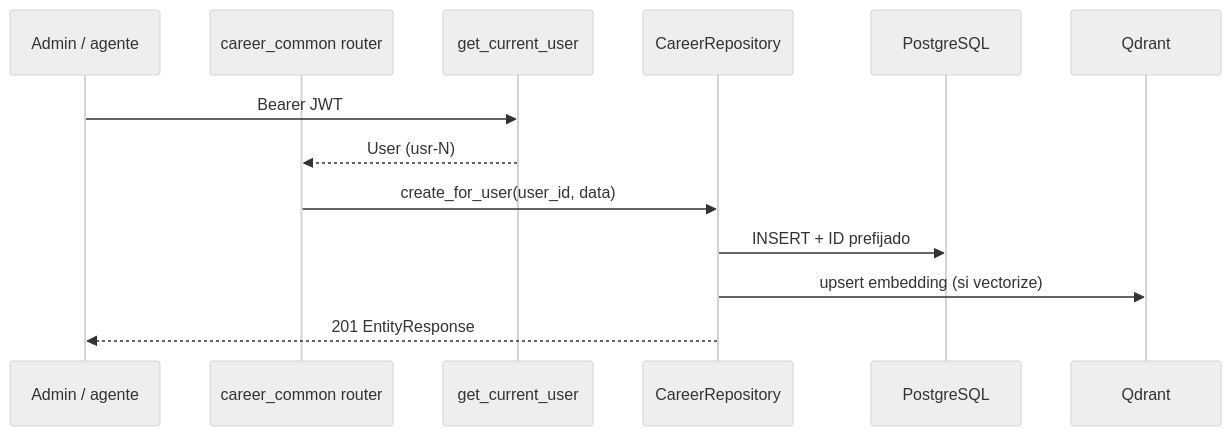
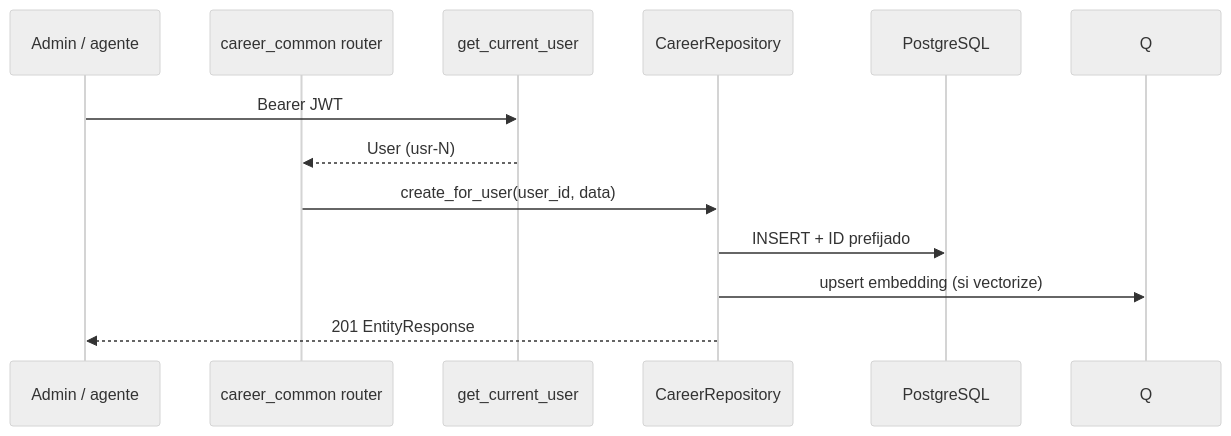
One commit to cjhirashi/cjhirashi-career changed the fourth of 5 diagrams in cjhirashi-career-api/docs/ARCHITECTURE.md. Above: the diagram before and after it, drawn with Mermaid (neutral theme). The commit also changed other lines of this file and 81 other files, not shown here.

````diff
--- a/cjhirashi-career-api/docs/ARCHITECTURE.md
+++ b/cjhirashi-career-api/docs/ARCHITECTURE.md
@@ -241,16 +238,15 @@
 ```mermaid
 sequenceDiagram
     participant C as Admin / agente
     participant R as career_common router
     participant M as get_current_user
     participant Repo as CareerRepository
     participant DB as PostgreSQL
-    participant Q as Qdrant
 
     C->>M: Bearer JWT
     M-->>R: User (usr-N)
     R->>Repo: create_for_user(user_id, data)
     Repo->>DB: INSERT + ID prefijado
     Repo->>Q: upsert embedding (si vectorize)
     Repo-->>C: 201 EntityResponse
 ```
````
